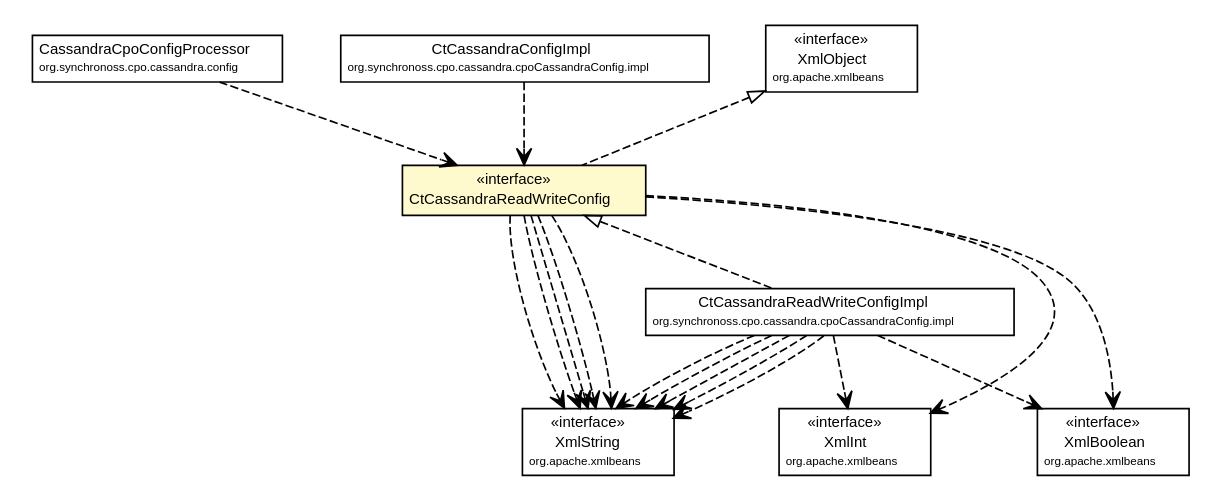
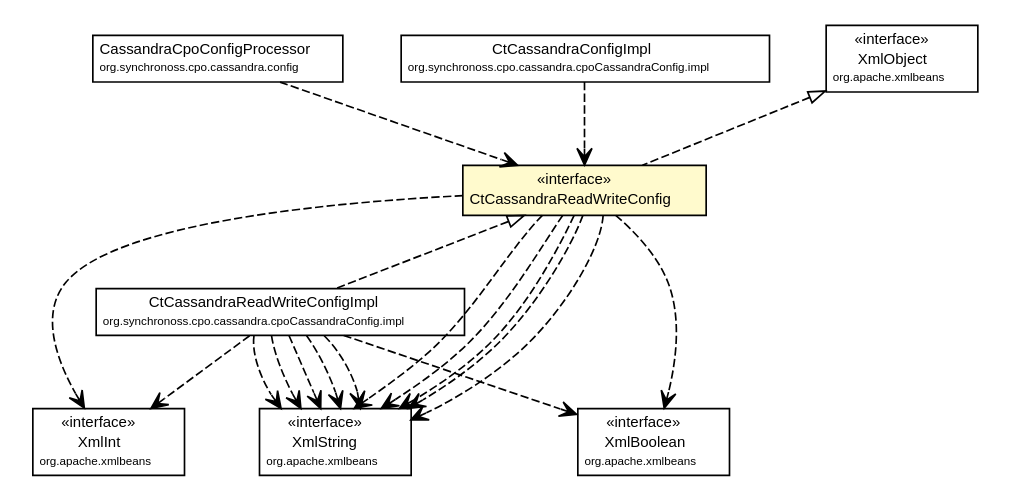
One commit to synchronoss/cpo-api changed the diagram in site/apidocs/org/synchronoss/cpo/cassandra/cpoCassandraConfig/CtCassandraReadWriteConfig.dot. Above: the diagram before and after it, drawn with Graphviz. The commit also changed 773 other files, not shown here.

```diff
--- a/site/apidocs/org/synchronoss/cpo/cassandra/cpoCassandraConfig/CtCassandraReadWriteConfig.dot
+++ b/site/apidocs/org/synchronoss/cpo/cassandra/cpoCassandraConfig/CtCassandraReadWriteConfig.dot
@@ -1,106 +1,106 @@
 #!/usr/local/bin/dot
 #
 # Class diagram 
 # Generated by UmlGraph version 4.6 (http://www.spinellis.gr/sw/umlgraph)
 #
 
 digraph G {
 	edge [fontname="Helvetica",fontsize=10,labelfontname="Helvetica",labelfontsize=10];
 	node [fontname="Helvetica",fontsize=10,shape=plaintext];
 	// org.synchronoss.cpo.cassandra.config.CassandraCpoConfigProcessor
 	c51211 [label=<<table border="0" cellborder="1" cellspacing="0" cellpadding="2" port="p" href="../config/CassandraCpoConfigProcessor.html">
 		<tr><td><table border="0" cellspacing="0" cellpadding="1">
 			<tr><td> CassandraCpoConfigProcessor </td></tr>
 			<tr><td><font point-size="7.0"> org.synchronoss.cpo.cassandra.config </font></td></tr>
 		</table></td></tr>
 		</table>>, fontname="Helvetica", fontcolor="black", fontsize=9.0];
 	// org.synchronoss.cpo.cassandra.cpoCassandraConfig.CtCassandraReadWriteConfig
 	c51230 [label=<<table border="0" cellborder="1" cellspacing="0" cellpadding="2" port="p" bgcolor="lemonChiffon" href="./CtCassandraReadWriteConfig.html">
 		<tr><td><table border="0" cellspacing="0" cellpadding="1">
 			<tr><td> &laquo;interface&raquo; </td></tr>
 			<tr><td> CtCassandraReadWriteConfig </td></tr>
 		</table></td></tr>
 		</table>>, fontname="Helvetica", fontcolor="black", fontsize=9.0];
 	// org.synchronoss.cpo.cassandra.cpoCassandraConfig.impl.CtCassandraReadWriteConfigImpl
 	c51237 [label=<<table border="0" cellborder="1" cellspacing="0" cellpadding="2" port="p" href="./impl/CtCassandraReadWriteConfigImpl.html">
 		<tr><td><table border="0" cellspacing="0" cellpadding="1">
 			<tr><td> CtCassandraReadWriteConfigImpl </td></tr>
 			<tr><td><font point-size="7.0"> org.synchronoss.cpo.cassandra.cpoCassandraConfig.impl </font></td></tr>
 		</table></td></tr>
 		</table>>, fontname="Helvetica", fontcolor="black", fontsize=9.0];
 	// org.synchronoss.cpo.cassandra.cpoCassandraConfig.impl.CtCassandraConfigImpl
 	c51238 [label=<<table border="0" cellborder="1" cellspacing="0" cellpadding="2" port="p" href="./impl/CtCassandraConfigImpl.html">
 		<tr><td><table border="0" cellspacing="0" cellpadding="1">
 			<tr><td> CtCassandraConfigImpl </td></tr>
 			<tr><td><font point-size="7.0"> org.synchronoss.cpo.cassandra.cpoCassandraConfig.impl </font></td></tr>
 		</table></td></tr>
 		</table>>, fontname="Helvetica", fontcolor="black", fontsize=9.0];
 	//org.synchronoss.cpo.cassandra.cpoCassandraConfig.CtCassandraReadWriteConfig implements org.apache.xmlbeans.XmlObject
 	c51244:p -> c51230:p [dir=back,arrowtail=empty,style=dashed];
 	//org.synchronoss.cpo.cassandra.cpoCassandraConfig.impl.CtCassandraReadWriteConfigImpl implements org.synchronoss.cpo.cassandra.cpoCassandraConfig.CtCassandraReadWriteConfig
 	c51230:p -> c51237:p [dir=back,arrowtail=empty,style=dashed];
 	// org.synchronoss.cpo.cassandra.config.CassandraCpoConfigProcessor DEPEND org.synchronoss.cpo.cassandra.cpoCassandraConfig.CtCassandraReadWriteConfig
 	c51211:p -> c51230:p [taillabel="", label="", headlabel="", fontname="Helvetica", fontcolor="black", fontsize=10.0, color="black", arrowhead=open, style=dashed];
+	// org.synchronoss.cpo.cassandra.cpoCassandraConfig.CtCassandraReadWriteConfig DEPEND org.apache.xmlbeans.XmlInt
+	c51230:p -> c51245:p [taillabel="", label="", headlabel="", fontname="Helvetica", fontcolor="black", fontsize=10.0, color="black", arrowhead=open, style=dashed];
 	// org.synchronoss.cpo.cassandra.cpoCassandraConfig.CtCassandraReadWriteConfig DEPEND org.apache.xmlbeans.XmlString
-	c51230:p -> c51245:p [taillabel="", label="", headlabel="", fontname="Helvetica", fontcolor="black", fontsize=10.0, color="black", arrowhead=open, style=dashed];
-	// org.synchronoss.cpo.cassandra.cpoCassandraConfig.CtCassandraReadWriteConfig DEPEND org.apache.xmlbeans.XmlInt
 	c51230:p -> c51246:p [taillabel="", label="", headlabel="", fontname="Helvetica", fontcolor="black", fontsize=10.0, color="black", arrowhead=open, style=dashed];
 	// org.synchronoss.cpo.cassandra.cpoCassandraConfig.CtCassandraReadWriteConfig DEPEND org.apache.xmlbeans.XmlString
-	c51230:p -> c51245:p [taillabel="", label="", headlabel="", fontname="Helvetica", fontcolor="black", fontsize=10.0, color="black", arrowhead=open, style=dashed];
+	c51230:p -> c51246:p [taillabel="", label="", headlabel="", fontname="Helvetica", fontcolor="black", fontsize=10.0, color="black", arrowhead=open, style=dashed];
 	// org.synchronoss.cpo.cassandra.cpoCassandraConfig.CtCassandraReadWriteConfig DEPEND org.apache.xmlbeans.XmlBoolean
 	c51230:p -> c51247:p [taillabel="", label="", headlabel="", fontname="Helvetica", fontcolor="black", fontsize=10.0, color="black", arrowhead=open, style=dashed];
 	// org.synchronoss.cpo.cassandra.cpoCassandraConfig.CtCassandraReadWriteConfig DEPEND org.apache.xmlbeans.XmlString
-	c51230:p -> c51245:p [taillabel="", label="", headlabel="", fontname="Helvetica", fontcolor="black", fontsize=10.0, color="black", arrowhead=open, style=dashed];
+	c51230:p -> c51246:p [taillabel="", label="", headlabel="", fontname="Helvetica", fontcolor="black", fontsize=10.0, color="black", arrowhead=open, style=dashed];
 	// org.synchronoss.cpo.cassandra.cpoCassandraConfig.CtCassandraReadWriteConfig DEPEND org.apache.xmlbeans.XmlString
-	c51230:p -> c51245:p [taillabel="", label="", headlabel="", fontname="Helvetica", fontcolor="black", fontsize=10.0, color="black", arrowhead=open, style=dashed];
+	c51230:p -> c51246:p [taillabel="", label="", headlabel="", fontname="Helvetica", fontcolor="black", fontsize=10.0, color="black", arrowhead=open, style=dashed];
 	// org.synchronoss.cpo.cassandra.cpoCassandraConfig.CtCassandraReadWriteConfig DEPEND org.apache.xmlbeans.XmlString
-	c51230:p -> c51245:p [taillabel="", label="", headlabel="", fontname="Helvetica", fontcolor="black", fontsize=10.0, color="black", arrowhead=open, style=dashed];
+	c51230:p -> c51246:p [taillabel="", label="", headlabel="", fontname="Helvetica", fontcolor="black", fontsize=10.0, color="black", arrowhead=open, style=dashed];
 	// org.synchronoss.cpo.cassandra.cpoCassandraConfig.impl.CtCassandraReadWriteConfigImpl DEPEND org.apache.xmlbeans.XmlString
-	c51237:p -> c51245:p [taillabel="", label="", headlabel="", fontname="Helvetica", fontcolor="black", fontsize=10.0, color="black", arrowhead=open, style=dashed];
-	// org.synchronoss.cpo.cassandra.cpoCassandraConfig.impl.CtCassandraReadWriteConfigImpl DEPEND org.apache.xmlbeans.XmlInt
 	c51237:p -> c51246:p [taillabel="", label="", headlabel="", fontname="Helvetica", fontcolor="black", fontsize=10.0, color="black", arrowhead=open, style=dashed];
 	// org.synchronoss.cpo.cassandra.cpoCassandraConfig.impl.CtCassandraReadWriteConfigImpl DEPEND org.apache.xmlbeans.XmlString
-	c51237:p -> c51245:p [taillabel="", label="", headlabel="", fontname="Helvetica", fontcolor="black", fontsize=10.0, color="black", arrowhead=open, style=dashed];
+	c51237:p -> c51246:p [taillabel="", label="", headlabel="", fontname="Helvetica", fontcolor="black", fontsize=10.0, color="black", arrowhead=open, style=dashed];
 	// org.synchronoss.cpo.cassandra.cpoCassandraConfig.impl.CtCassandraReadWriteConfigImpl DEPEND org.apache.xmlbeans.XmlString
-	c51237:p -> c51245:p [taillabel="", label="", headlabel="", fontname="Helvetica", fontcolor="black", fontsize=10.0, color="black", arrowhead=open, style=dashed];
-	// org.synchronoss.cpo.cassandra.cpoCassandraConfig.impl.CtCassandraReadWriteConfigImpl DEPEND org.apache.xmlbeans.XmlString
+	c51237:p -> c51246:p [taillabel="", label="", headlabel="", fontname="Helvetica", fontcolor="black", fontsize=10.0, color="black", arrowhead=open, style=dashed];
+	// org.synchronoss.cpo.cassandra.cpoCassandraConfig.impl.CtCassandraReadWriteConfigImpl DEPEND org.apache.xmlbeans.XmlInt
 	c51237:p -> c51245:p [taillabel="", label="", headlabel="", fontname="Helvetica", fontcolor="black", fontsize=10.0, color="black", arrowhead=open, style=dashed];
 	// org.synchronoss.cpo.cassandra.cpoCassandraConfig.impl.CtCassandraReadWriteConfigImpl DEPEND org.apache.xmlbeans.XmlBoolean
 	c51237:p -> c51247:p [taillabel="", label="", headlabel="", fontname="Helvetica", fontcolor="black", fontsize=10.0, color="black", arrowhead=open, style=dashed];
 	// org.synchronoss.cpo.cassandra.cpoCassandraConfig.impl.CtCassandraReadWriteConfigImpl DEPEND org.apache.xmlbeans.XmlString
-	c51237:p -> c51245:p [taillabel="", label="", headlabel="", fontname="Helvetica", fontcolor="black", fontsize=10.0, color="black", arrowhead=open, style=dashed];
+	c51237:p -> c51246:p [taillabel="", label="", headlabel="", fontname="Helvetica", fontcolor="black", fontsize=10.0, color="black", arrowhead=open, style=dashed];
+	// org.synchronoss.cpo.cassandra.cpoCassandraConfig.impl.CtCassandraReadWriteConfigImpl DEPEND org.apache.xmlbeans.XmlString
+	c51237:p -> c51246:p [taillabel="", label="", headlabel="", fontname="Helvetica", fontcolor="black", fontsize=10.0, color="black", arrowhead=open, style=dashed];
 	// org.synchronoss.cpo.cassandra.cpoCassandraConfig.impl.CtCassandraConfigImpl DEPEND org.synchronoss.cpo.cassandra.cpoCassandraConfig.CtCassandraReadWriteConfig
 	c51238:p -> c51230:p [taillabel="", label="", headlabel="", fontname="Helvetica", fontcolor="black", fontsize=10.0, color="black", arrowhead=open, style=dashed];
 	// org.apache.xmlbeans.XmlObject
 	c51244 [label=<<table border="0" cellborder="1" cellspacing="0" cellpadding="2" port="p" href="http://java.sun.com/j2se/1.4.2/docs/api/org/apache/xmlbeans/XmlObject.html">
 		<tr><td><table border="0" cellspacing="0" cellpadding="1">
 			<tr><td> &laquo;interface&raquo; </td></tr>
 			<tr><td> XmlObject </td></tr>
 			<tr><td><font point-size="7.0"> org.apache.xmlbeans </font></td></tr>
 		</table></td></tr>
 		</table>>, fontname="Helvetica", fontcolor="black", fontsize=9.0];
 	// org.apache.xmlbeans.XmlInt
-	c51246 [label=<<table border="0" cellborder="1" cellspacing="0" cellpadding="2" port="p" href="http://java.sun.com/j2se/1.4.2/docs/api/org/apache/xmlbeans/XmlInt.html">
+	c51245 [label=<<table border="0" cellborder="1" cellspacing="0" cellpadding="2" port="p" href="http://java.sun.com/j2se/1.4.2/docs/api/org/apache/xmlbeans/XmlInt.html">
 		<tr><td><table border="0" cellspacing="0" cellpadding="1">
 			<tr><td> &laquo;interface&raquo; </td></tr>
 			<tr><td> XmlInt </td></tr>
 			<tr><td><font point-size="7.0"> org.apache.xmlbeans </font></td></tr>
 		</table></td></tr>
 		</table>>, fontname="Helvetica", fontcolor="black", fontsize=9.0];
 	// org.apache.xmlbeans.XmlString
-	c51245 [label=<<table border="0" cellborder="1" cellspacing="0" cellpadding="2" port="p" href="http://java.sun.com/j2se/1.4.2/docs/api/org/apache/xmlbeans/XmlString.html">
+	c51246 [label=<<table border="0" cellborder="1" cellspacing="0" cellpadding="2" port="p" href="http://java.sun.com/j2se/1.4.2/docs/api/org/apache/xmlbeans/XmlString.html">
 		<tr><td><table border="0" cellspacing="0" cellpadding="1">
 			<tr><td> &laquo;interface&raquo; </td></tr>
 			<tr><td> XmlString </td></tr>
 			<tr><td><font point-size="7.0"> org.apache.xmlbeans </font></td></tr>
 		</table></td></tr>
 		</table>>, fontname="Helvetica", fontcolor="black", fontsize=9.0];
 	// org.apache.xmlbeans.XmlBoolean
 	c51247 [label=<<table border="0" cellborder="1" cellspacing="0" cellpadding="2" port="p" href="http://java.sun.com/j2se/1.4.2/docs/api/org/apache/xmlbeans/XmlBoolean.html">
 		<tr><td><table border="0" cellspacing="0" cellpadding="1">
 			<tr><td> &laquo;interface&raquo; </td></tr>
 			<tr><td> XmlBoolean </td></tr>
 			<tr><td><font point-size="7.0"> org.apache.xmlbeans </font></td></tr>
 		</table></td></tr>
 		</table>>, fontname="Helvetica", fontcolor="black", fontsize=9.0];
 }
```
